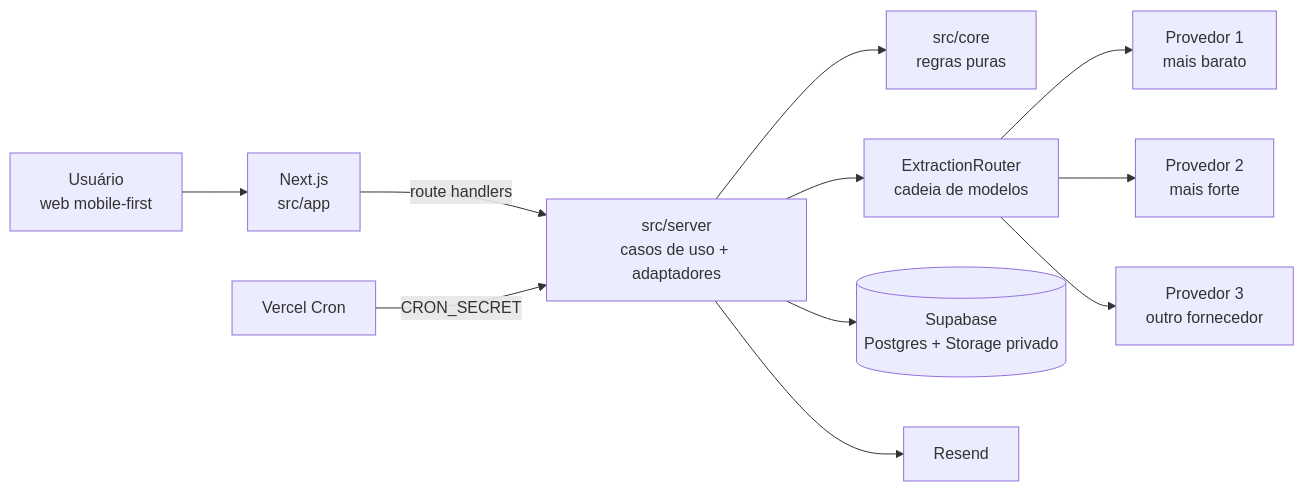
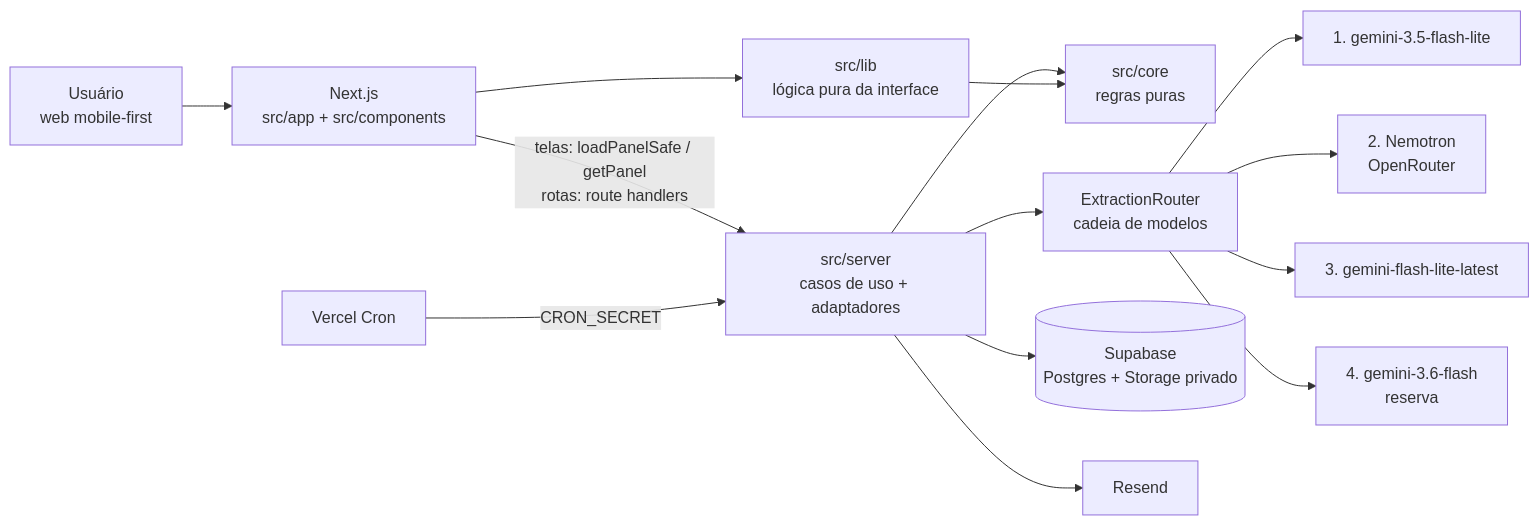
The first of 3 diagrams in docs/ARCHITECTURE.md (miguelquintanilhapy/teto), drawn with Mermaid before and after one commit. The commit also changed other lines of this file and 2 other files, not shown here.

````diff
--- a/docs/ARCHITECTURE.md
+++ b/docs/ARCHITECTURE.md
@@ -17,13 +17,16 @@
 ```mermaid
 flowchart LR
-  U[Usuário<br/>web mobile-first] --> APP[Next.js<br/>src/app]
-  APP -->|route handlers| SRV[src/server<br/>casos de uso + adaptadores]
+  U[Usuário<br/>web mobile-first] --> APP[Next.js<br/>src/app + src/components]
+  APP -->|telas: loadPanelSafe / getPanel<br/>rotas: route handlers| SRV[src/server<br/>casos de uso + adaptadores]
   SRV --> CORE[src/core<br/>regras puras]
+  APP --> LIB[src/lib<br/>lógica pura da interface]
+  LIB --> CORE
   SRV --> ROUTER[ExtractionRouter<br/>cadeia de modelos]
-  ROUTER --> P1[Provedor 1<br/>mais barato]
-  ROUTER --> P2[Provedor 2<br/>mais forte]
-  ROUTER --> P3[Provedor 3<br/>outro fornecedor]
+  ROUTER --> P1[1. gemini-3.5-flash-lite]
+  ROUTER --> P2[2. Nemotron<br/>OpenRouter]
+  ROUTER --> P3[3. gemini-flash-lite-latest]
+  ROUTER --> P4[4. gemini-3.6-flash<br/>reserva]
   SRV --> DB[(Supabase<br/>Postgres + Storage privado)]
   SRV --> MAIL[Resend]
   CRON[Vercel Cron] -->|CRON_SECRET| SRV
 ```
````
